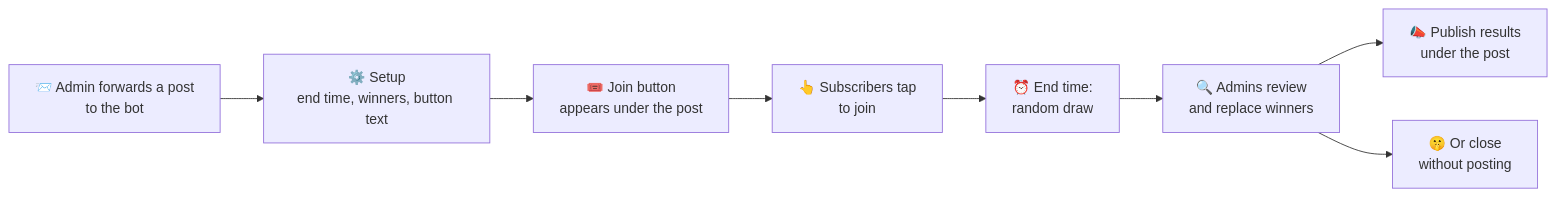
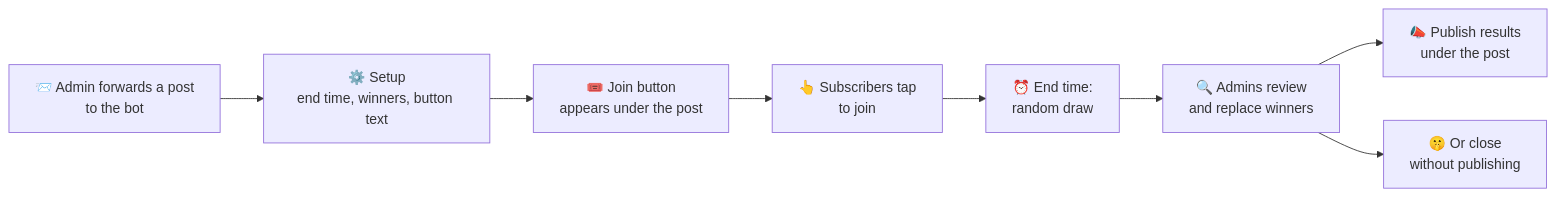
Before and after one commit to alexander-danilenko/read_wine_bot: the diagram in README.md, drawn with Mermaid. The commit also changed other lines of this file, not shown here.

````diff
--- a/README.md
+++ b/README.md
@@ -35,10 +35,10 @@
 ```mermaid
 flowchart LR
     A["📨 Admin forwards a post<br/>to the bot"] --> B["⚙️ Setup<br/>end time, winners, button text"]
     B --> C["🎟️ Join button<br/>appears under the post"]
     C --> D["👆 Subscribers tap<br/>to join"]
     D --> E["⏰ End time:<br/>random draw"]
     E --> F["🔍 Admins review<br/>and replace winners"]
     F --> G["📣 Publish results<br/>under the post"]
-    F --> H["🤫 Or close<br/>without posting"]
+    F --> H["🤫 Or close<br/>without publishing"]
 ```
````
